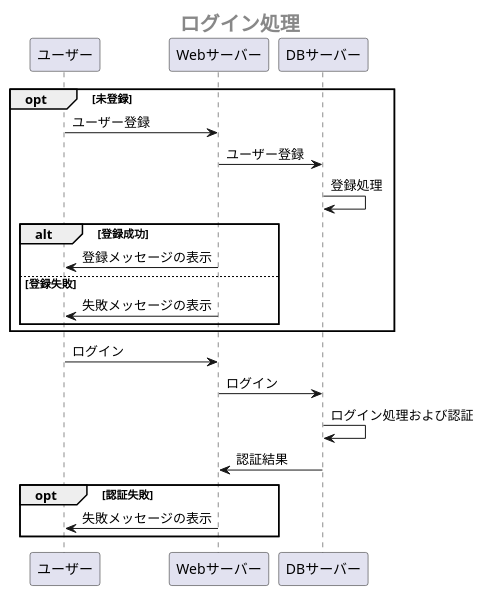
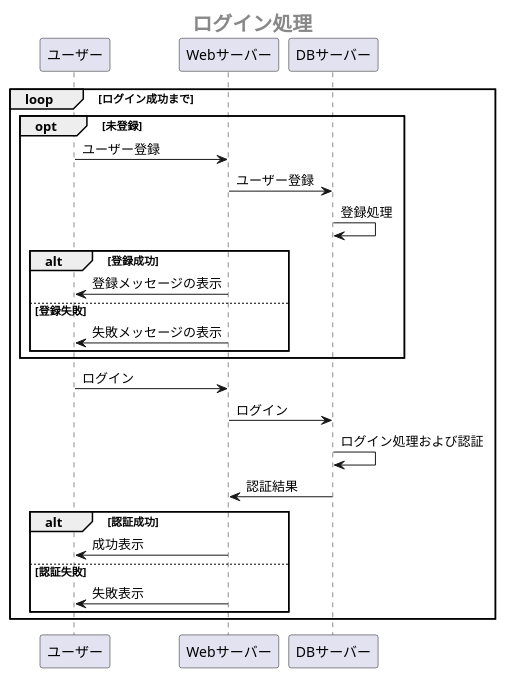
One commit to Aso2001385/2021sys-design changed the second of 4 diagrams in sample/OperationFrow.md. Above: the diagram before and after it, drawn with PlantUML.

````diff
--- a/sample/OperationFrow.md
+++ b/sample/OperationFrow.md
@@ -44,26 +44,30 @@
 ```uml
 @startuml
  center header <size:20><b>ログイン処理</b></size>
+ loop ログイン成功まで
+  opt 未登録
+   ユーザー -> Webサーバー:ユーザー登録
+   Webサーバー -> DBサーバー:ユーザー登録
+   DBサーバー -> DBサーバー:登録処理
 
- opt 未登録
-  ユーザー -> Webサーバー:ユーザー登録
-  Webサーバー -> DBサーバー:ユーザー登録
-  DBサーバー -> DBサーバー:登録処理
+   alt 登録成功
+     Webサーバー ->ユーザー:登録メッセージの表示
+   else 登録失敗
+     Webサーバー ->ユーザー:失敗メッセージの表示
+   end
+  end
 
-  alt 登録成功
-    Webサーバー ->ユーザー:登録メッセージの表示
-  else 登録失敗
-    Webサーバー ->ユーザー:失敗メッセージの表示
+  ユーザー -> Webサーバー:ログイン
+  Webサーバー -> DBサーバー:ログイン
+  DBサーバー -> DBサーバー:ログイン処理および認証
+  DBサーバー -> Webサーバー:認証結果
+  
+  alt 認証成功
+   Webサーバー ->ユーザー:成功表示
+  else 認証失敗
+   Webサーバー ->ユーザー:失敗表示
   end
  end
-
- ユーザー -> Webサーバー:ログイン
- Webサーバー -> DBサーバー:ログイン
- DBサーバー -> DBサーバー:ログイン処理および認証
- DBサーバー -> Webサーバー:認証結果
-
- opt 認証失敗
-  Webサーバー ->ユーザー:失敗メッセージの表示
- end
+  
 @enduml
 ```
````
